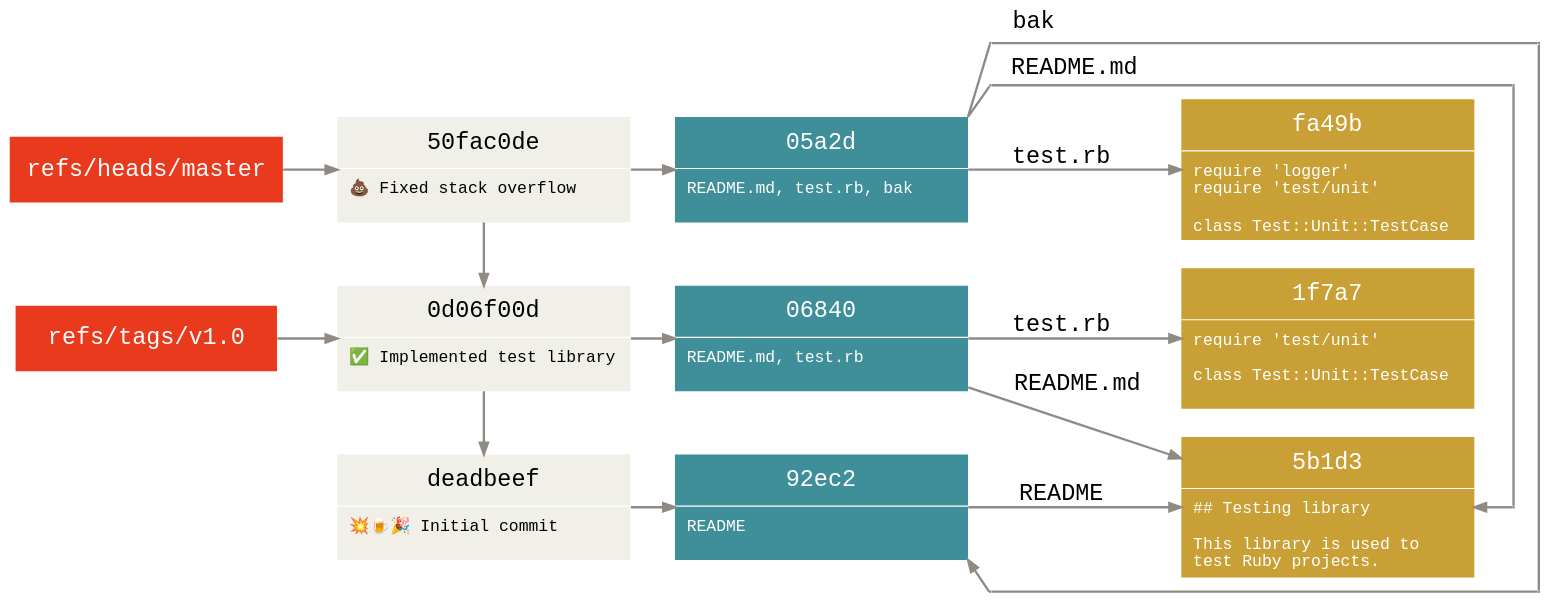
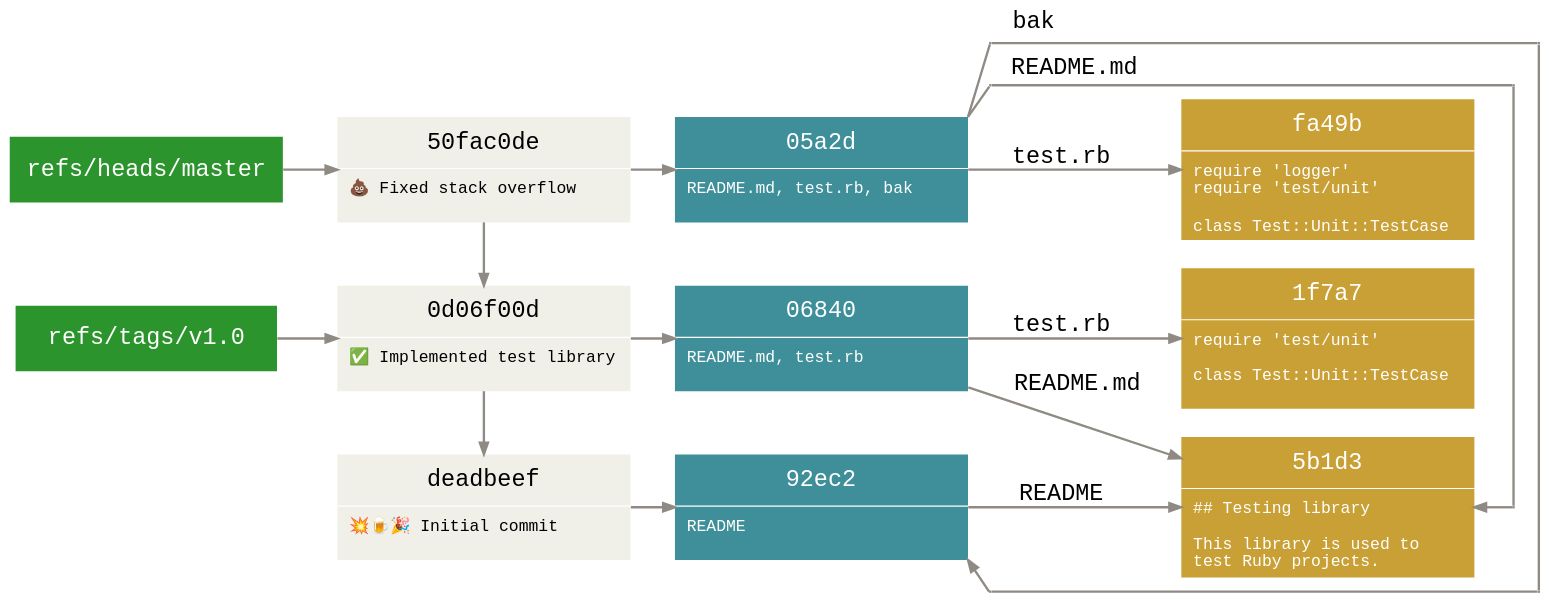
Before and after one commit to agross/git-reveal: the diagram in images/internals/data-model-3.gv, drawn with Graphviz. The commit also changed 86 other files, not shown here.

```diff
--- a/images/internals/data-model-3.gv
+++ b/images/internals/data-model-3.gv
@@ -21,7 +21,7 @@
 
   node [style="filled"
         fontcolor="#ffffff"
-        fillcolor="#e93a1d"]
+        fillcolor="#2c942c"]
   master [
           label="refs/heads/master"
           pos="0,4!"]
```
